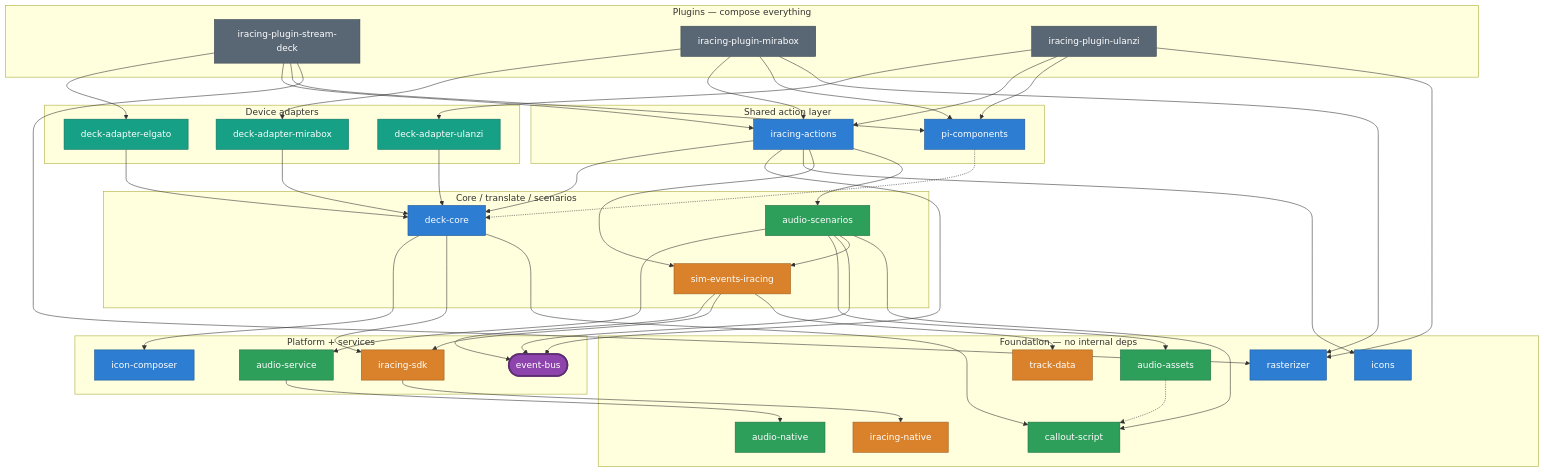
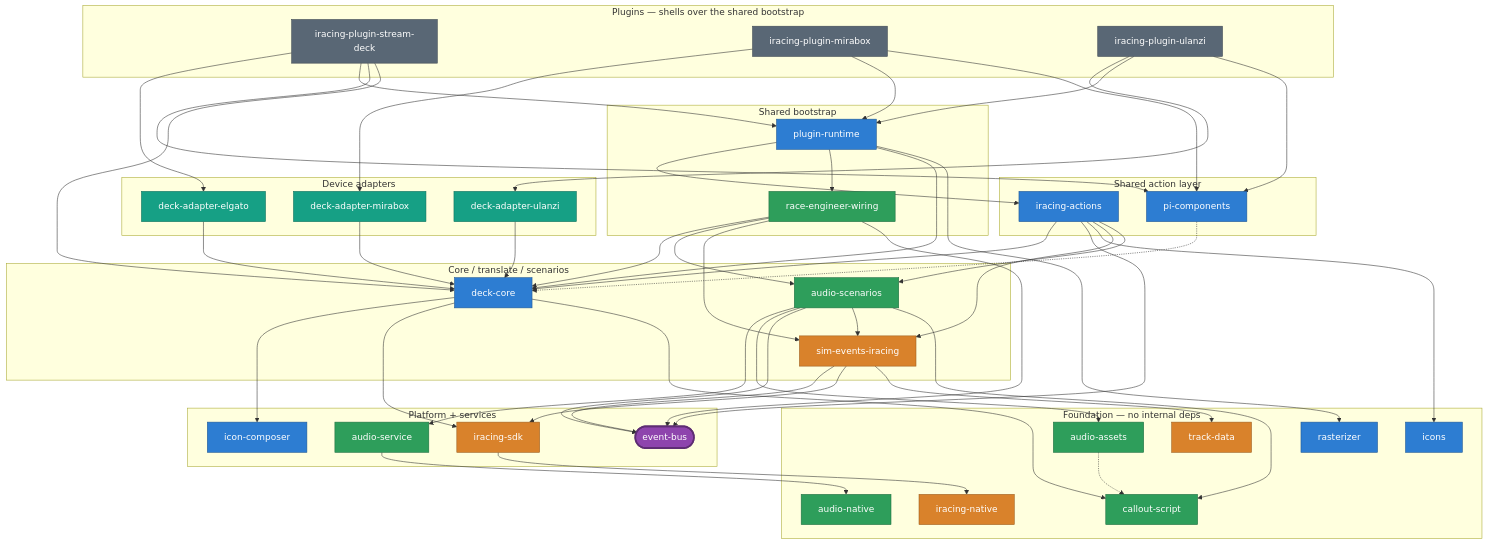
Before and after one commit to niklam/iracedeck: the eighth of 8 diagrams in packages/website/src/content/docs/docs/development/architecture.md, drawn with Mermaid. The commit also changed other lines of this file and 112 other files, not shown here.

First line of the commit message:
refactor(plugin-runtime): one shared composition root for the three plugins (#1349) (#1357)

````diff
--- a/packages/website/src/content/docs/docs/development/architecture.md
+++ b/packages/website/src/content/docs/docs/development/architecture.md
@@ -269,9 +302,13 @@
 ```mermaid
 flowchart TB
-  subgraph plugins["Plugins — compose everything"]
+  subgraph plugins["Plugins — shells over the shared bootstrap"]
     psd["iracing-plugin-stream-deck"]:::plugin
     pmb["iracing-plugin-mirabox"]:::plugin
     pul["iracing-plugin-ulanzi"]:::plugin
+  end
+  subgraph boot["Shared bootstrap"]
+    prt["plugin-runtime"]:::core
+    rew["race-engineer-wiring"]:::audio
   end
   subgraph adapters["Device adapters"]
     aelg["deck-adapter-elgato"]:::adp
@@ -306,15 +343,22 @@
   psd --> aelg
   pmb --> amb
   pul --> aul
-  psd --> acts
-  pmb --> acts
-  pul --> acts
+  psd --> prt
+  pmb --> prt
+  pul --> prt
   psd --> pic
   pmb --> pic
   pul --> pic
-  psd --> rast
-  pmb --> rast
-  pul --> rast
+  psd --> dc
+
+  prt --> acts
+  prt --> rew
+  prt --> dc
+  prt --> rast
+  rew --> dc
+  rew --> asc
+  rew --> sei
+  rew --> eb
 
   aelg --> dc
   amb --> dc
````
